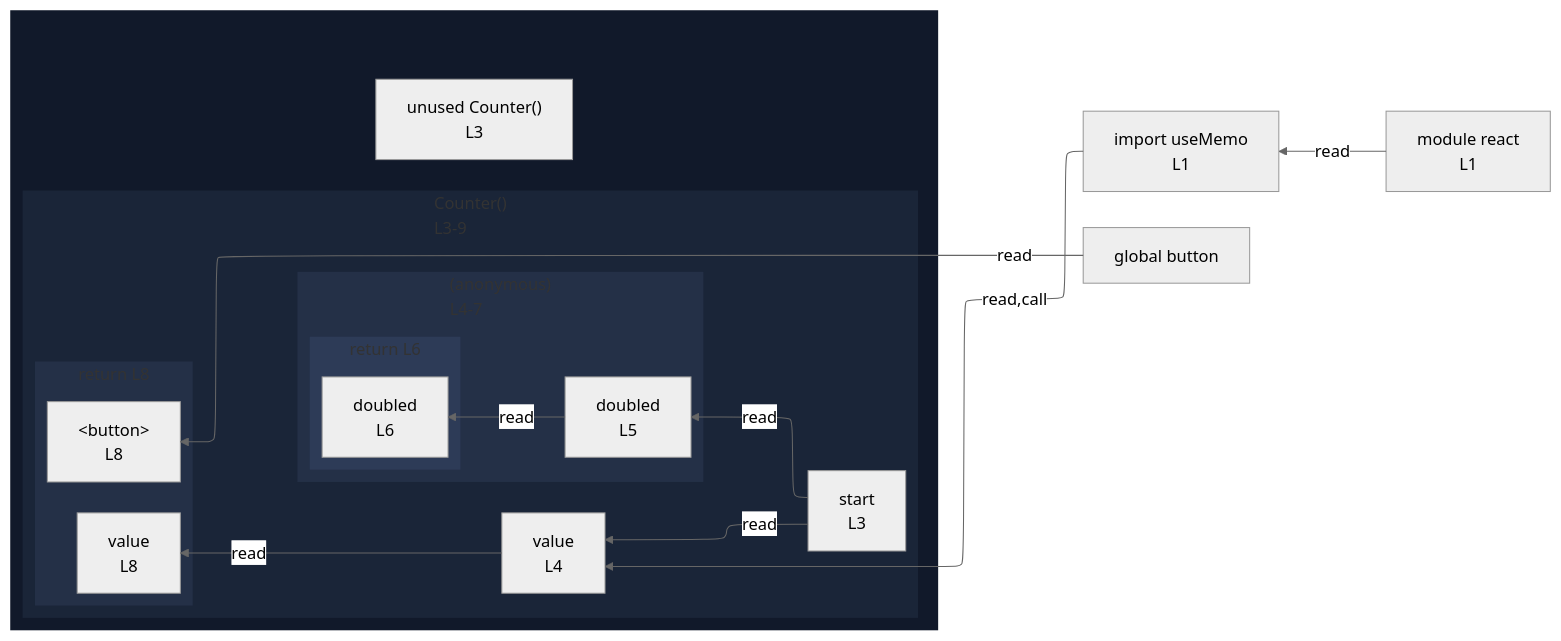
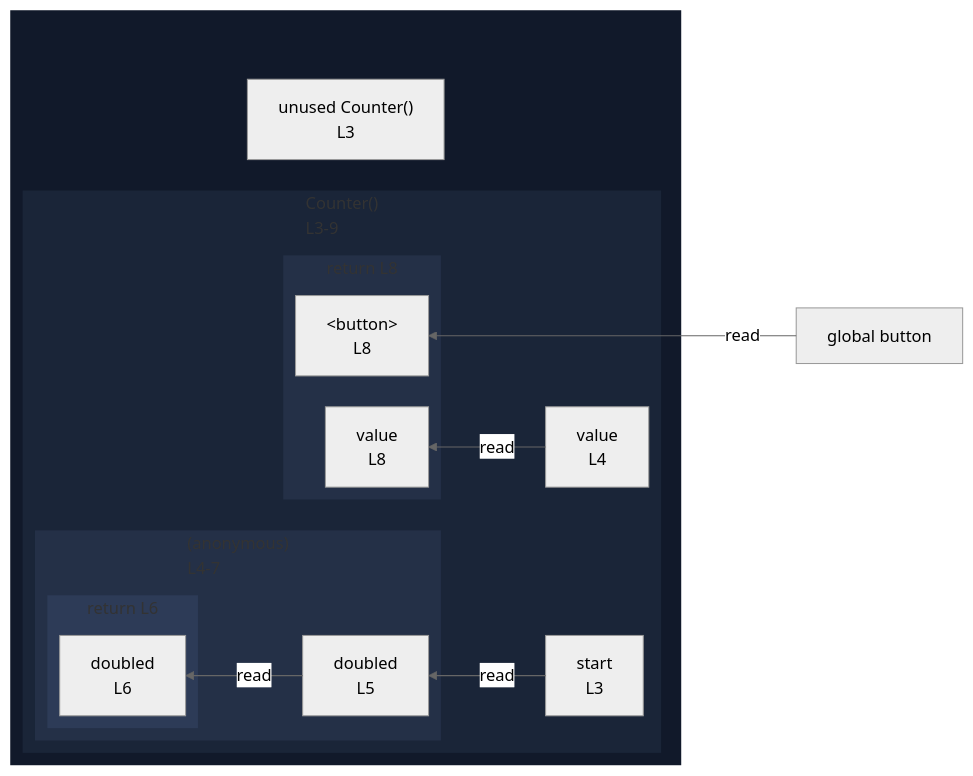
The diagram in integration/fixtures/app-behavior/plugin/react/use-memo/plugin-react/preview.md (crescware/unsnarl), drawn with Mermaid (neutral theme) before and after one commit. The commit also changed 6 other files, not shown here.

First line of the commit message:
Teach the React plugin to elide useMemo into IIFE shape

````diff
--- a/integration/fixtures/app-behavior/plugin/react/use-memo/plugin-react/preview.md
+++ b/integration/fixtures/app-behavior/plugin/react/use-memo/plugin-react/preview.md
@@ -19,45 +19,40 @@
 ```mermaid
 %%{init: {"flowchart": {"defaultRenderer": "elk"}}}%%
 flowchart RL
-  n_scope_0_useMemo_9["import useMemo<br/>L1"]
   n_scope_0_button_194["global button"]
   subgraph wrap_s_scope_1[" "]
     direction TB
     n_scope_0_Counter_40["unused Counter()<br/>L3"]
     subgraph s_scope_1["Counter()<br/>L3-9"]
       direction RL
       n_scope_1_start_53["start<br/>L3"]
       n_scope_1_value_94["value<br/>L4"]
       subgraph s_scope_2["(anonymous)<br/>L4-7"]
         direction RL
         n_scope_2_doubled_128["doubled<br/>L5"]
         subgraph s_return_scope_0_Counter_40_153_168["return L6"]
           direction RL
           ret_use_ref_5["doubled<br/>L6"]
         end
       end
       subgraph s_return_scope_0_Counter_40_186_218["return L8"]
         direction RL
         ret_use_ref_7["&lt;button&gt;<br/>L8"]
         ret_use_ref_8["value<br/>L8"]
       end
     end
   end
-  n_scope_0_useMemo_9 -->|read,call| n_scope_1_value_94
   n_scope_1_start_53 -->|read| n_scope_2_doubled_128
   n_scope_2_doubled_128 -->|read| ret_use_ref_5
-  n_scope_1_start_53 -->|read| n_scope_1_value_94
   n_scope_0_button_194 -->|read| ret_use_ref_7
   n_scope_1_value_94 -->|read| ret_use_ref_8
-  mod_react["module react<br/>L1"]
-  mod_react -->|read| n_scope_0_useMemo_9
   classDef nestL1 fill:#11192a,stroke:transparent;
   class wrap_s_scope_1 nestL1;
   classDef nestL2 fill:#1a2538,stroke:transparent;
   class s_scope_1 nestL2;
   classDef nestL3 fill:#243047,stroke:transparent;
   class s_scope_2 nestL3;
   class s_return_scope_0_Counter_40_186_218 nestL3;
   classDef nestL4 fill:#2d3b57,stroke:transparent;
   class s_return_scope_0_Counter_40_153_168 nestL4;
 ```
````
